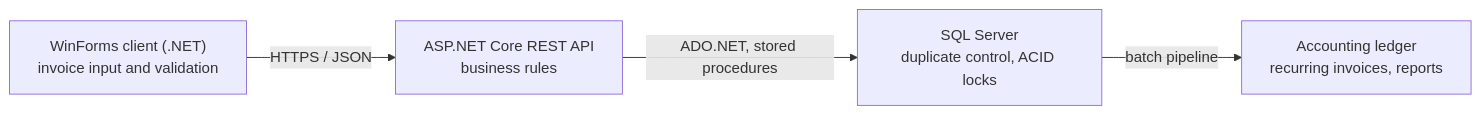
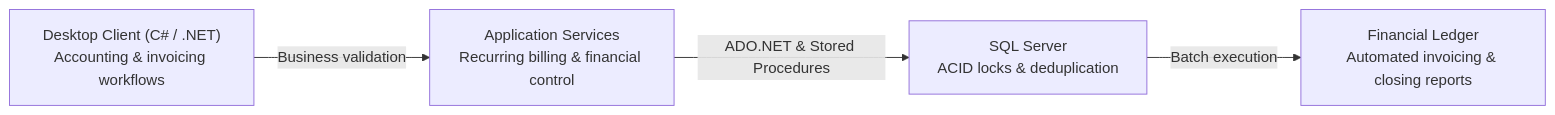
One commit to Rorro101004/Rorro101004 changed the first of 3 diagrams in README.md. Above: the diagram before and after it, drawn with Mermaid. The commit also changed other lines of this file and 1 other file, not shown here.

````diff
--- a/README.md
+++ b/README.md
@@ -61,6 +61,6 @@
 ```mermaid
 flowchart LR
-    A["WinForms client (.NET)<br/>invoice input and validation"] -->|HTTPS / JSON| B["ASP.NET Core REST API<br/>business rules"]
-    B -->|ADO.NET, stored procedures| C["SQL Server<br/>duplicate control, ACID locks"]
-    C -->|batch pipeline| D["Accounting ledger<br/>recurring invoices, reports"]
+    A["Desktop Client (C# / .NET)<br/>Accounting & invoicing workflows"] -->|Business validation| B["Application Services<br/>Recurring billing & financial control"]
+    B -->|ADO.NET & Stored Procedures| C["SQL Server<br/>ACID locks & deduplication"]
+    C -->|Batch execution| D["Financial Ledger<br/>Automated invoicing & closing reports"]
 ```
````
